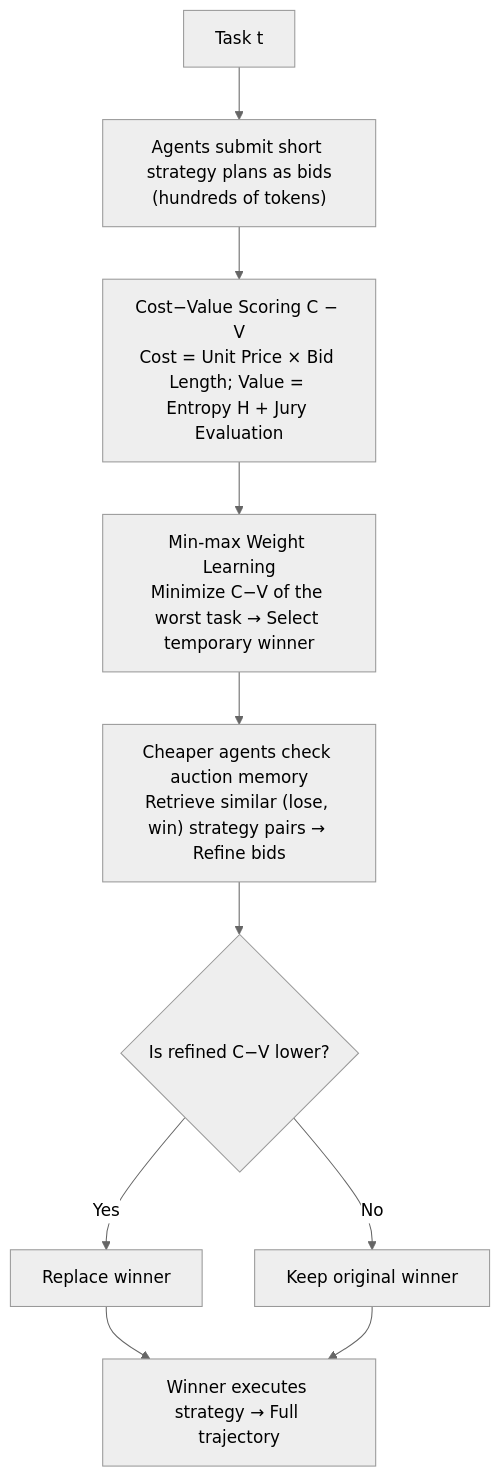
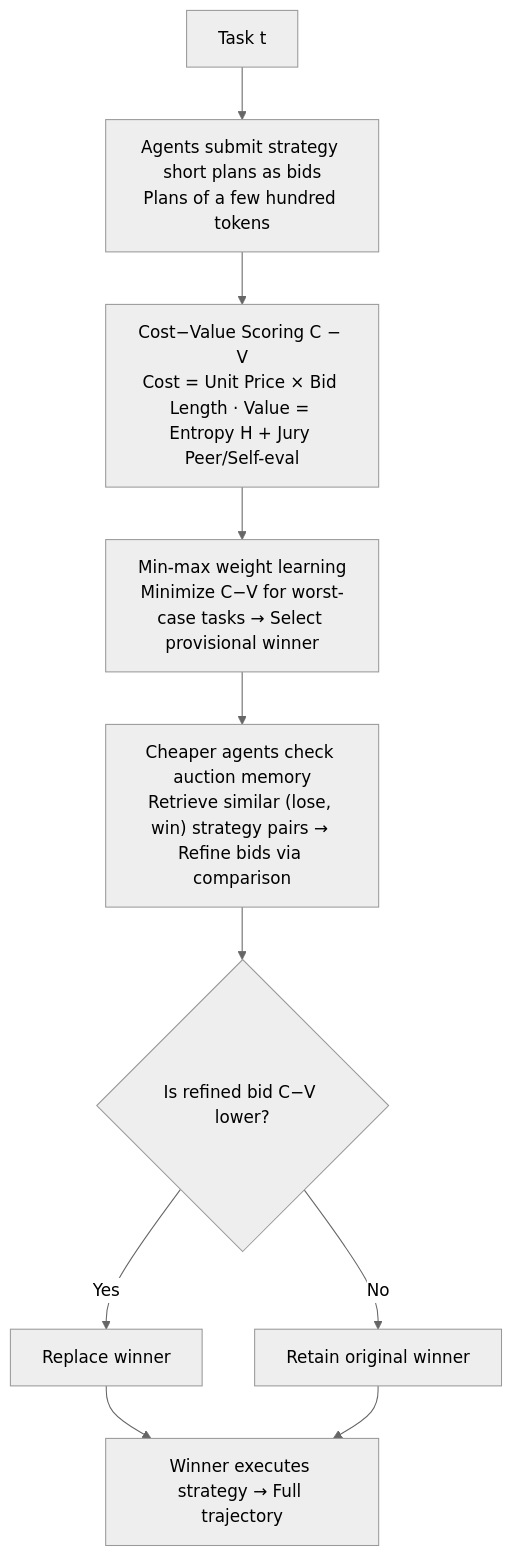
The diagram in docs/ICML2026/llm_agent/scaling_small_agents_through_strategy_auctions.md (zhaoyang97/Paper-Notes-en), drawn with Mermaid (neutral theme) before and after one commit. The commit also changed other lines of this file and 5084 other files, not shown here.

````diff
--- a/docs/ICML2026/llm_agent/scaling_small_agents_through_strategy_auctions.md
+++ b/docs/ICML2026/llm_agent/scaling_small_agents_through_strategy_auctions.md
@@ -42,12 +42,12 @@
 ```mermaid
-graph TD
-    A["Task t"] --> B["Agents submit short strategy plans as bids<br/>(hundreds of tokens)"]
-    B --> C["Cost−Value Scoring C − V<br/>Cost = Unit Price × Bid Length; Value = Entropy H + Jury Evaluation"]
-    C --> D["Min-max Weight Learning<br/>Minimize C−V of the worst task → Select temporary winner"]
-    D --> E["Cheaper agents check auction memory<br/>Retrieve similar (lose, win) strategy pairs → Refine bids"]
-    E --> F{"Is refined C−V lower?"}
+flowchart TD
+    A["Task t"] --> B["Agents submit strategy short plans as bids<br/>Plans of a few hundred tokens"]
+    B --> C["Cost−Value Scoring C − V<br/>Cost = Unit Price × Bid Length · Value = Entropy H + Jury Peer/Self-eval"]
+    C --> D["Min-max weight learning<br/>Minimize C−V for worst-case tasks → Select provisional winner"]
+    D --> E["Cheaper agents check auction memory<br/>Retrieve similar (lose, win) strategy pairs → Refine bids via comparison"]
+    E --> F{"Is refined bid C−V lower?"}
     F -->|Yes| G["Replace winner"]
-    F -->|No| H["Keep original winner"]
+    F -->|No| H["Retain original winner"]
     G --> I["Winner executes strategy → Full trajectory"]
     H --> I
 ```
````
